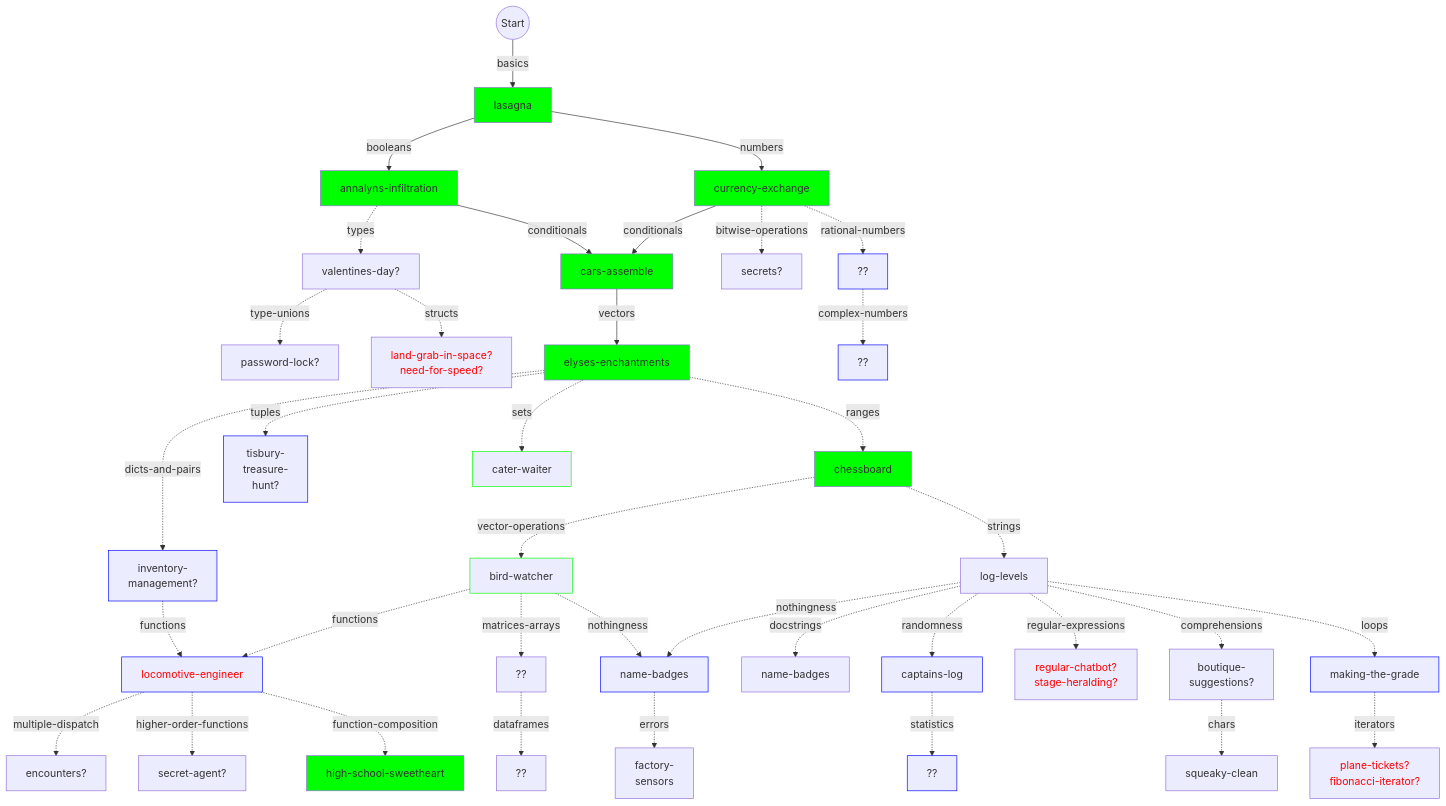
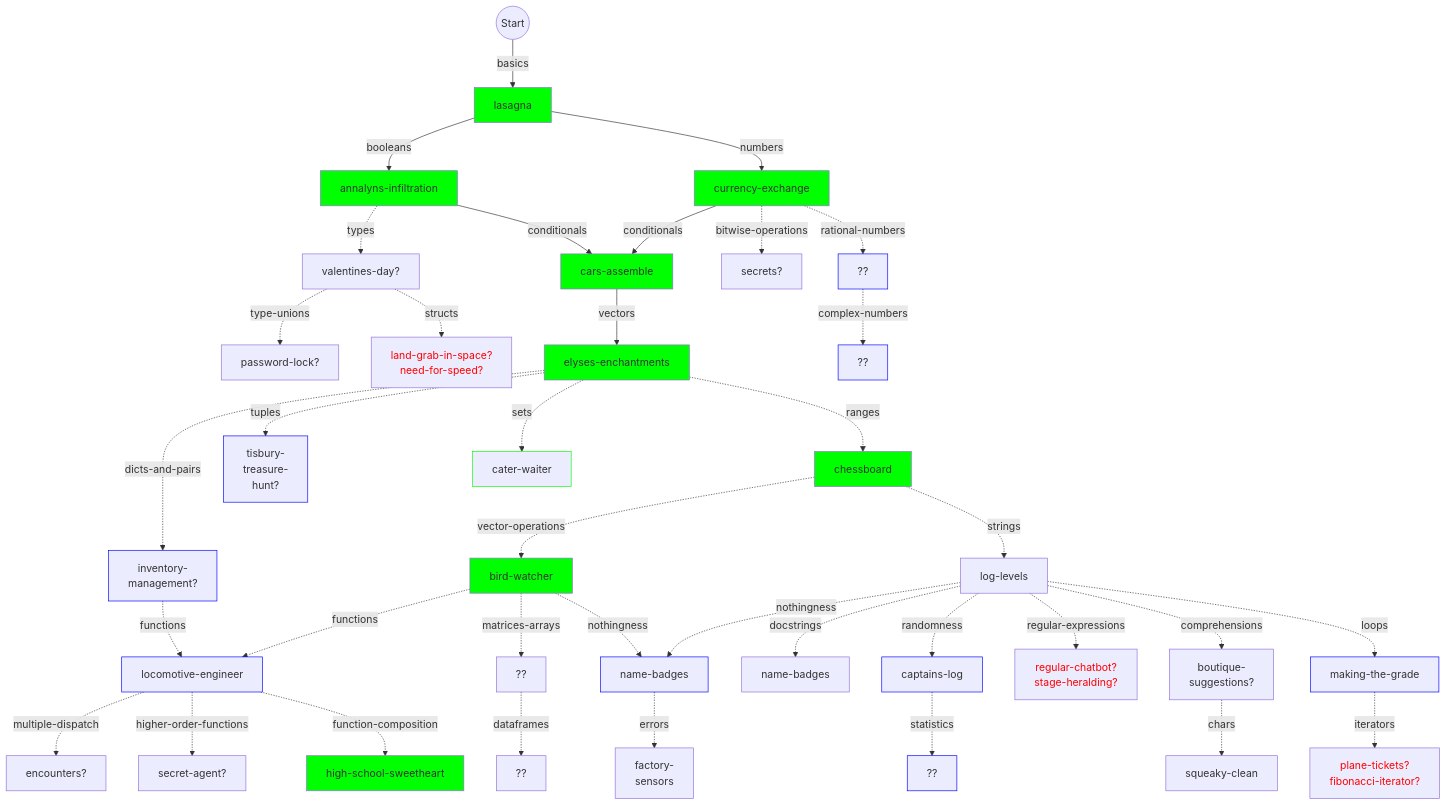
The diagram in julia/flowchart.md (colinleach/learning-track-doodles), drawn with Mermaid before and after one commit.

Commit message:
brid-watcher merged, various comments removed

```diff
--- a/julia/flowchart.md
+++ b/julia/flowchart.md
@@ -45,7 +45,7 @@
 %% style strings 
 
 ranges -.vector-operations.-> vector-operations["bird-watcher"]
-style vector-operations stroke:#0f0
+style vector-operations fill:#0f0
 
 vectors -.ranges.-> ranges["chessboard"]
 style ranges fill:#0f0
@@ -56,17 +56,11 @@
 vectors -.tuples.-> tuples["tisbury-<br/>treasure-<br/>hunt?"]
 style tuples stroke:#00f
 
-%% ranges -.iterators.-> iterators["plane-<br/>tickets?"]
-%% %% style iterators stroke:#0f0
-
 vectors -.dicts-and-pairs.-> dicts-and-pairs["inventory-<br/>management?"]
 style dicts-and-pairs stroke:#00f
 
 vectors -.sets.-> sets["cater-waiter"]
 style sets stroke:#0f0
-
-%% vector-operations -.vector-functions.-> vector-functions["??"]
-%% %% style vector-functions color:#f00
 
 vector-operations -.nothingness.-> nothingness["name-badge"]
 style nothingness stroke:#00f
@@ -100,13 +94,10 @@
 matrices-arrays -.dataframes.-> dataframes["??"]
 
 dicts-and-pairs -.functions.-> functions["locomotive-engineer"]
-style functions stroke:#00f,color:#f00
+style functions stroke:#00f
 
 vector-operations -.functions.-> functions["locomotive-engineer"]
-style functions stroke:#00f,color:#f00
-
-%% vectors -.broadcasting.-> broadcasting["??"]
-%% %% style broadcasting fill:#f00,color:#fff
+style functions stroke:#00f
 
 functions -.function-composition.-> function-composition["high-school-sweetheart"]
 style function-composition fill:#0f0
```
